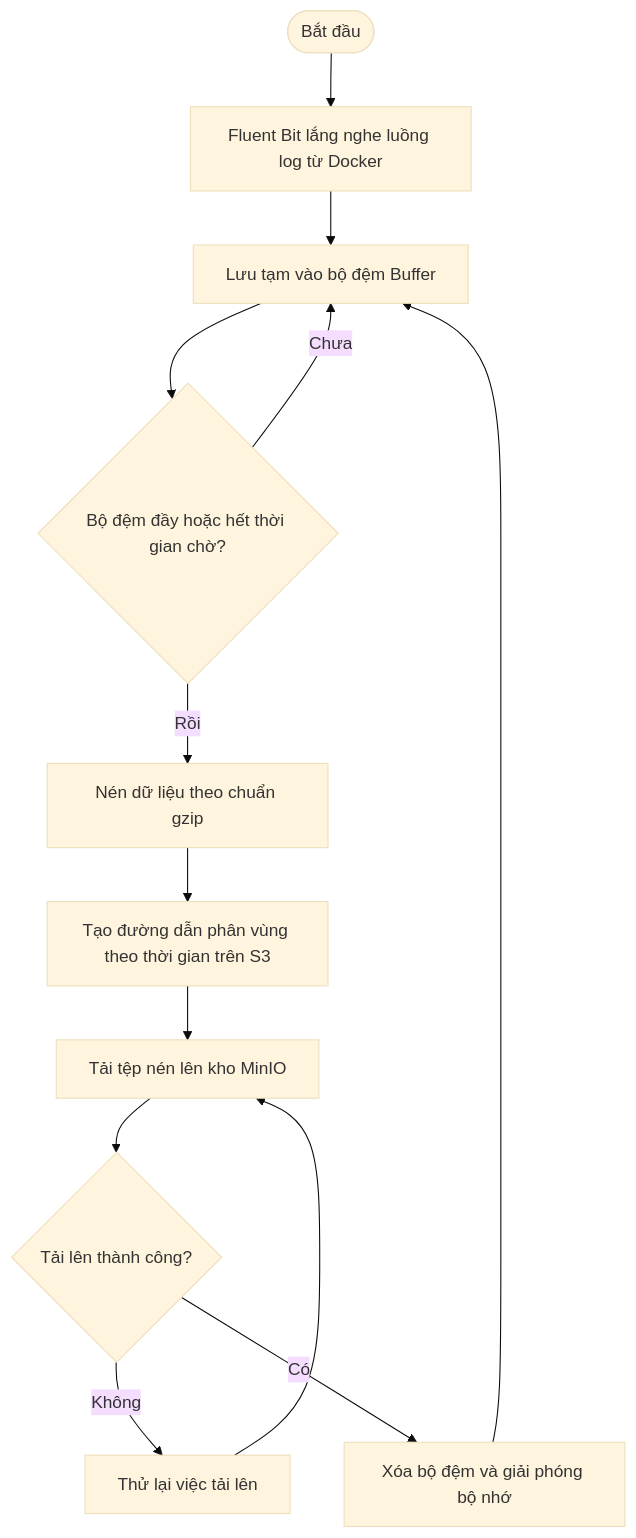
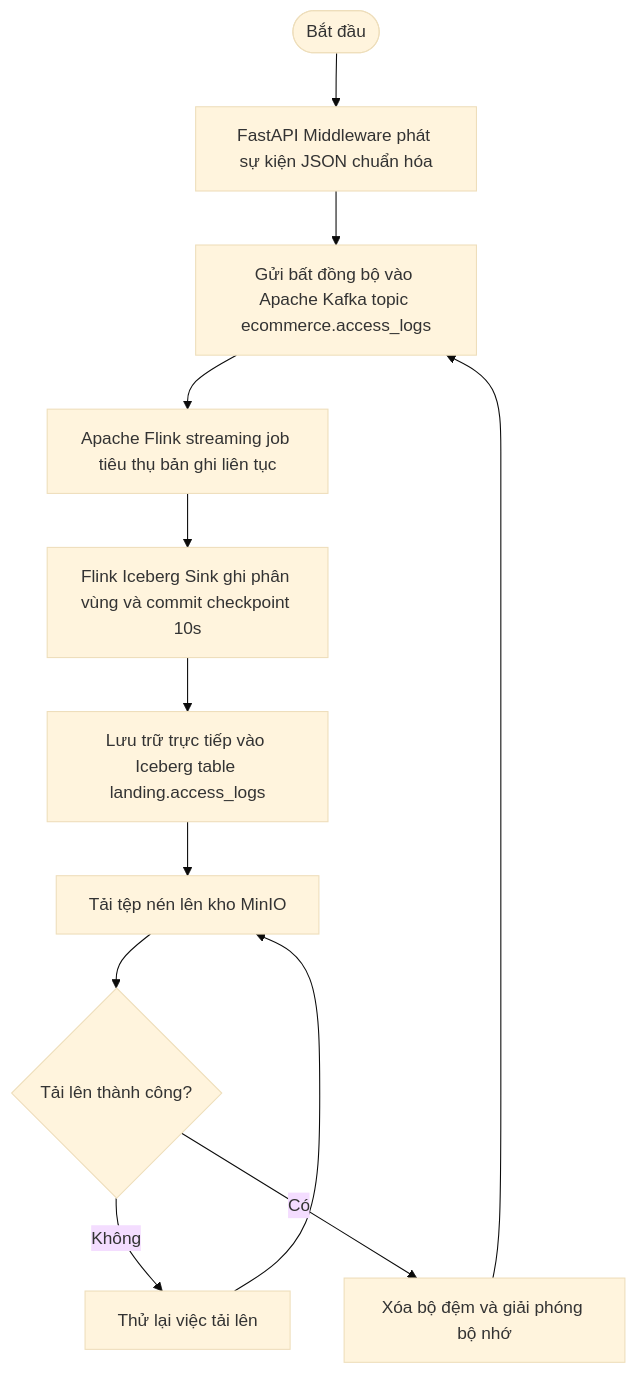
One commit to DanhTrannn/TLCN changed diagram 47 of 57 in docs/design-analysis/OOSAD_ANALYSIS.md. Above: the diagram before and after it, drawn with Mermaid (base theme). The commit also changed other lines of this file and 15 other files, not shown here.

Commit message:
chore: remove deprecated fluent-bit and update documentation for streaming architecture

````diff
--- a/docs/design-analysis/OOSAD_ANALYSIS.md
+++ b/docs/design-analysis/OOSAD_ANALYSIS.md
@@ -2262,15 +2262,14 @@
 ```mermaid
 flowchart TD
-    Start([Bắt đầu]) --> A[Fluent Bit lắng nghe luồng log từ Docker]
-    A --> B[Lưu tạm vào bộ đệm Buffer]
-    B --> C{Bộ đệm đầy hoặc hết thời gian chờ?}
-    C -->|Chưa| B
-    C -->|Rồi| D[Nén dữ liệu theo chuẩn gzip]
-    D --> E[Tạo đường dẫn phân vùng theo thời gian trên S3]
+    Start([Bắt đầu]) --> A[FastAPI Middleware phát sự kiện JSON chuẩn hóa]
+    A --> B[Gửi bất đồng bộ vào Apache Kafka topic ecommerce.access_logs]
+    B --> C[Apache Flink streaming job tiêu thụ bản ghi liên tục]
+    C --> D[Flink Iceberg Sink ghi phân vùng và commit checkpoint 10s]
+    D --> E[Lưu trữ trực tiếp vào Iceberg table landing.access_logs]
     E --> F[Tải tệp nén lên kho MinIO]
     F --> G{Tải lên thành công?}
     G -->|Không| H[Thử lại việc tải lên]
     H --> F
     G -->|Có| I[Xóa bộ đệm và giải phóng bộ nhớ]
     I --> B
 ```
````
